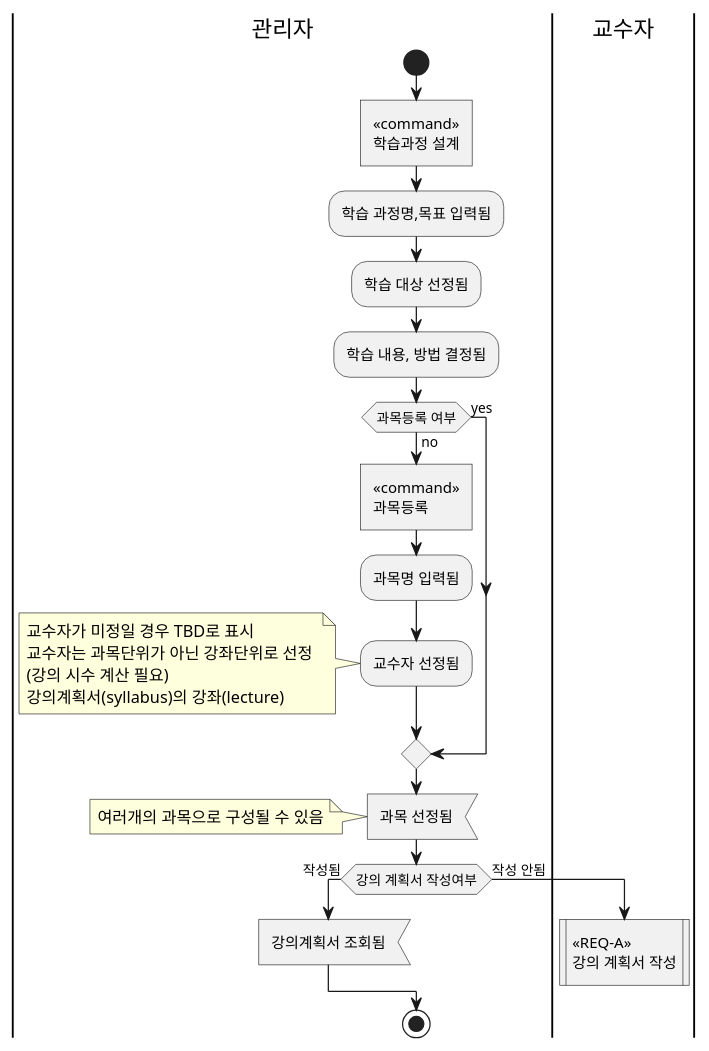
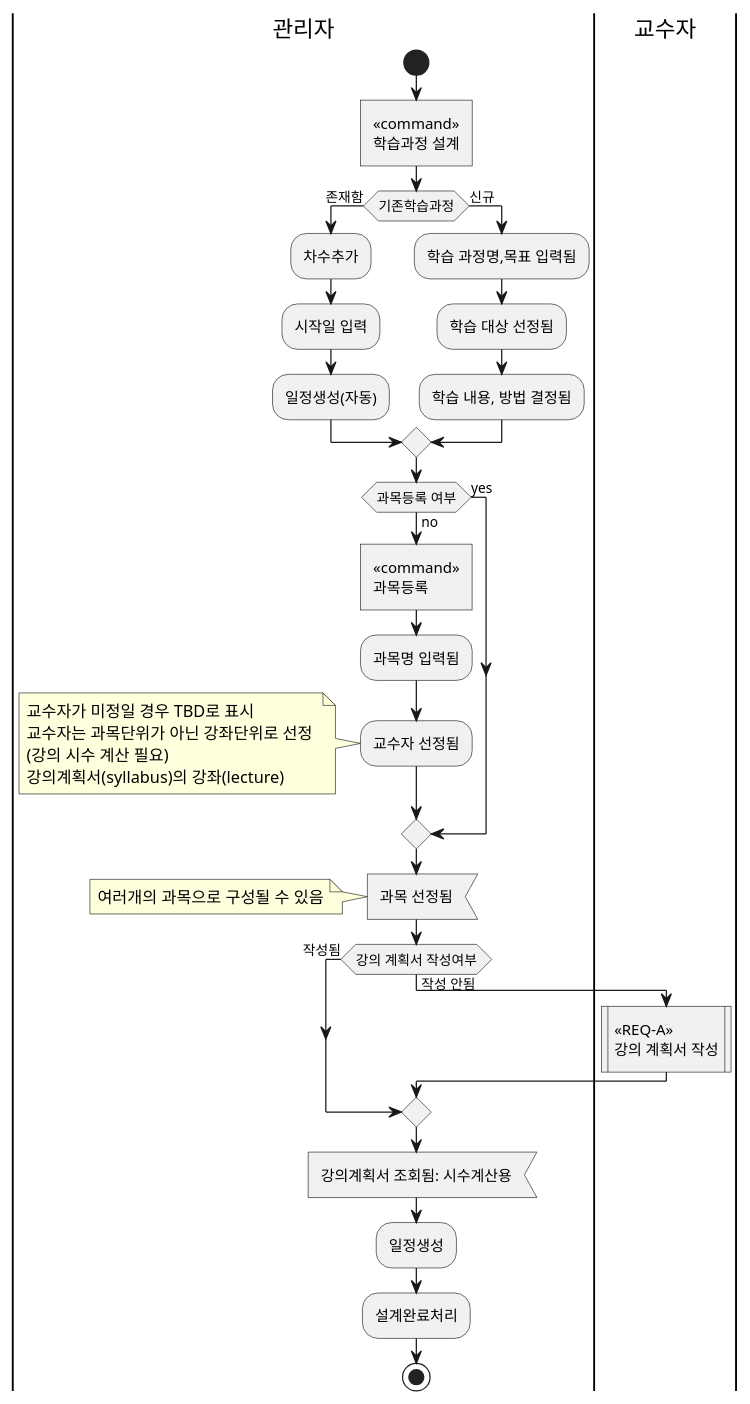
The second of 2 diagrams in src/main/java/dev/ohhoonim/lms/domain/learningCourses/design/process.md (ohhoonim/lms), drawn with PlantUML before and after one commit. The commit also changed other lines of this file and 10 other files, not shown here.

````diff
--- a/src/main/java/dev/ohhoonim/lms/domain/learningCourses/design/process.md
+++ b/src/main/java/dev/ohhoonim/lms/domain/learningCourses/design/process.md
@@ -56,41 +56,45 @@
 ```plantuml
 @startuml
 |관리자|
 start
 :<<command>>\n학습과정 설계]
-:학습 과정명,목표 입력됨;
-:학습 대상 선정됨;
-:학습 내용, 방법 결정됨;
+if (기존학습과정) then (존재함)
+    :차수추가;
+    :시작일 입력;
+    :일정생성(자동);
+else (신규)
+    :학습 과정명,목표 입력됨;
+    :학습 대상 선정됨;
+    :학습 내용, 방법 결정됨;
+end if
 
 if (과목등록 여부) then (yes)
-|관리자|
 else (no)
-:<<command>>\n과목등록]
-:과목명 입력됨;
-:교수자 선정됨;
-note left
-    교수자가 미정일 경우 TBD로 표시
-    교수자는 과목단위가 아닌 강좌단위로 선정 
-    (강의 시수 계산 필요)
-    강의계획서(syllabus)의 강좌(lecture)
+    |관리자|
+    :<<command>>\n과목등록]
+    :과목명 입력됨;
+    :교수자 선정됨;
+    note left
+        교수자가 미정일 경우 TBD로 표시
+        교수자는 과목단위가 아닌 강좌단위로 선정 
+        (강의 시수 계산 필요)
+        강의계획서(syllabus)의 강좌(lecture)
 end note
 end if 
 :과목 선정됨<
-note left
-    여러개의 과목으로 구성될 수 있음
-end note
+    note left
+        여러개의 과목으로 구성될 수 있음
+    end note
 if (강의 계획서 작성여부) then (작성됨)
-|관리자|
-:강의계획서 조회됨<
 else (작성 안됨)
-|교수자|
-:<<REQ-A>>\n강의 계획서 작성|
-detach
-
-
+    |교수자|
+    :<<REQ-A>>\n강의 계획서 작성|
 end if
 |관리자|
+:강의계획서 조회됨: 시수계산용<
+:일정생성;
+:설계완료처리;
 stop
 
 @enduml
 ```
````
